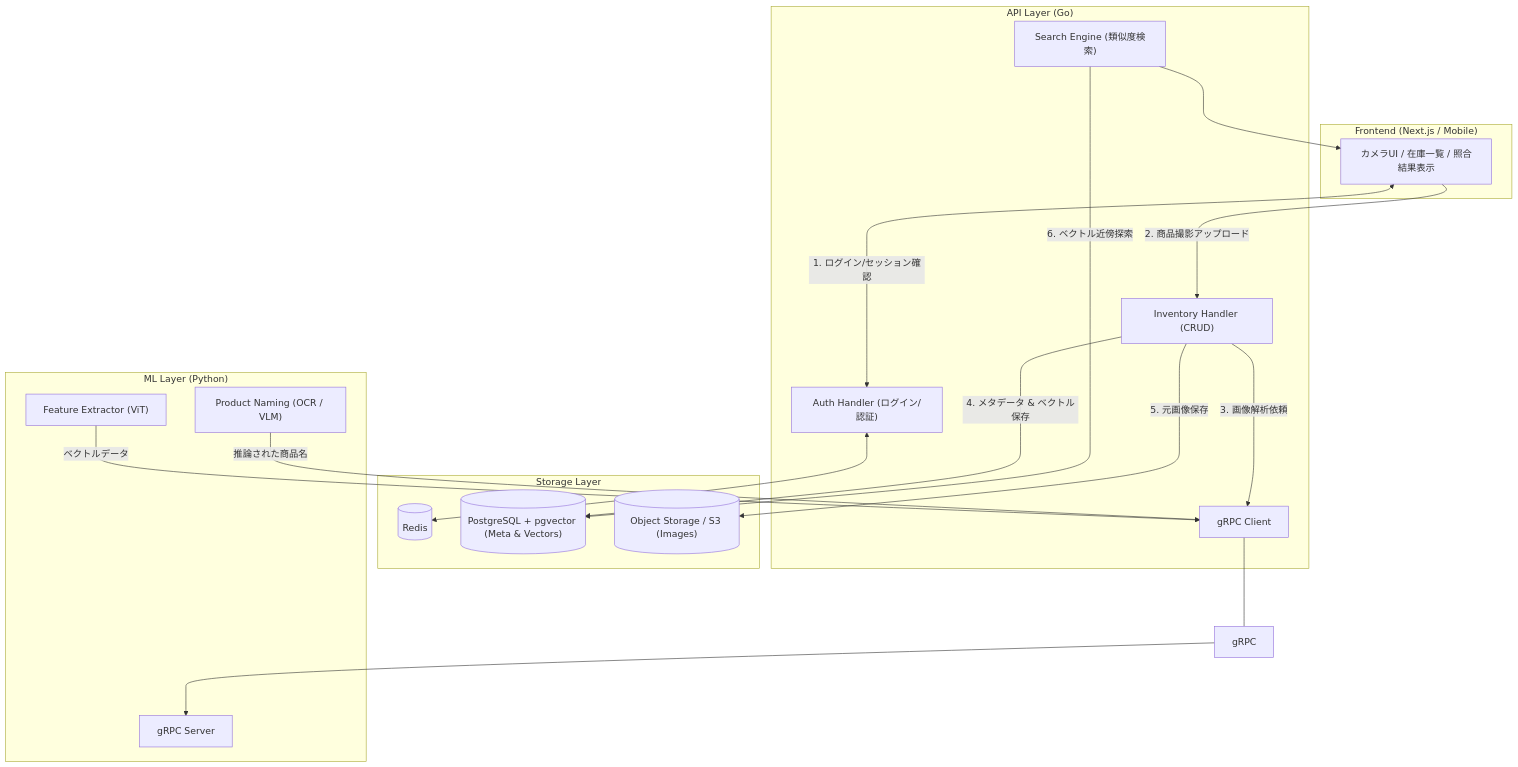
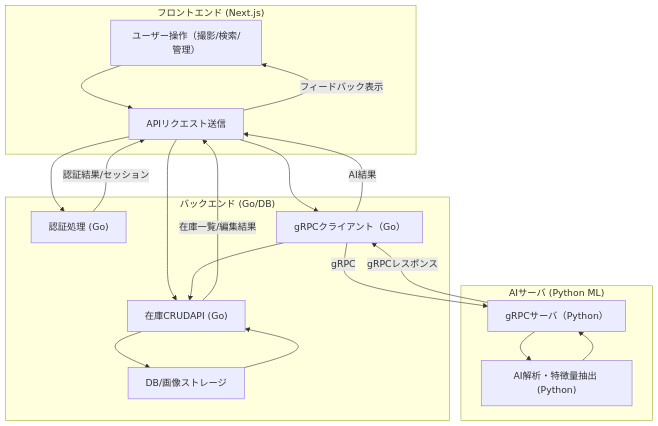
One commit to annyouu/face-matching changed the diagram in README.md. Above: the diagram before and after it, drawn with Mermaid. The commit also changed other lines of this file, not shown here.

Commit message:
docs：仕様書変更

````diff
--- a/README.md
+++ b/README.md
@@ -41,48 +63,30 @@
 ```mermaid
-flowchart TD
-
-%% Frontend
-subgraph FE["Frontend (Next.js / Mobile)"]
-    UI["カメラUI / 在庫一覧 / 照合結果表示"]
-end
-
-%% Backend
-subgraph API_Layer["API Layer (Go)"]
-    AUTH["Auth Handler (ログイン/認証)"]
-    INV["Inventory Handler (CRUD)"]
-    SEARCH["Search Engine (類似度検索)"]
-    GRPC_C["gRPC Client"]
-end
-
-%% Middlewares & DB
-subgraph Storage["Storage Layer"]
-    REDIS[("Redis")]
-    DB[("PostgreSQL + pgvector (Meta & Vectors)")]
-    MINIO[("Object Storage / S3 (Images)")]
-end
-
-%% ML Server
-subgraph PY_Layer["ML Layer (Python)"]
-    PY_SERVER["gRPC Server"]
-    FEAT["Feature Extractor (ViT)"]
-    NAMING["Product Naming (OCR / VLM)"]
-end
-
-%% フロー定義
-UI <-->|1. ログイン/セッション確認| AUTH
-AUTH <--> REDIS
-
-UI --->|2. 商品撮影アップロード| INV
-INV --->|3. 画像解析依頼| GRPC_C
-GRPC_C <--- gRPC ---> PY_SERVER
-
-
-FEAT -->|ベクトルデータ| GRPC_C
-NAMING -->|推論された商品名| GRPC_C
-
-INV --->|4. メタデータ & ベクトル保存| DB
-INV --->|5. 元画像保存| MINIO
-
-SEARCH --->|6. ベクトル近傍探索| DB
-SEARCH ---> UI
+flowchart TB
+ subgraph FE["フロントエンド (Next.js)"]
+        USER["ユーザー操作（撮影/検索/管理）"]
+        FE_API["APIリクエスト送信"]
+  end
+ subgraph BE["バックエンド (Go/DB)"]
+        AUTH["認証処理 (Go)"]
+        CRUD["在庫CRUDAPI (Go)"]
+        DB["DB/画像ストレージ"]
+        GRPC_CLIENT["gRPCクライアント（Go）"]
+  end
+ subgraph PY["AIサーバ (Python ML)"]
+        PY_GRPC["gRPCサーバ（Python）"]
+        ML["AI解析・特徴量抽出 (Python)"]
+  end
+    PY_GRPC --> ML
+    ML --> PY_GRPC
+    USER --> FE_API
+    FE_API --> AUTH & CRUD & GRPC_CLIENT
+    CRUD --> DB
+    DB --> CRUD
+    GRPC_CLIENT --> CRUD
+    GRPC_CLIENT -- gRPC --> PY_GRPC
+    PY_GRPC -- gRPCレスポンス --> GRPC_CLIENT
+    AUTH -- 認証結果/セッション --> FE_API
+    CRUD -- 在庫一覧/編集結果 --> FE_API
+    GRPC_CLIENT -- AI結果 --> FE_API
+    FE_API -- フィードバック表示 --> USER
 ```
````
